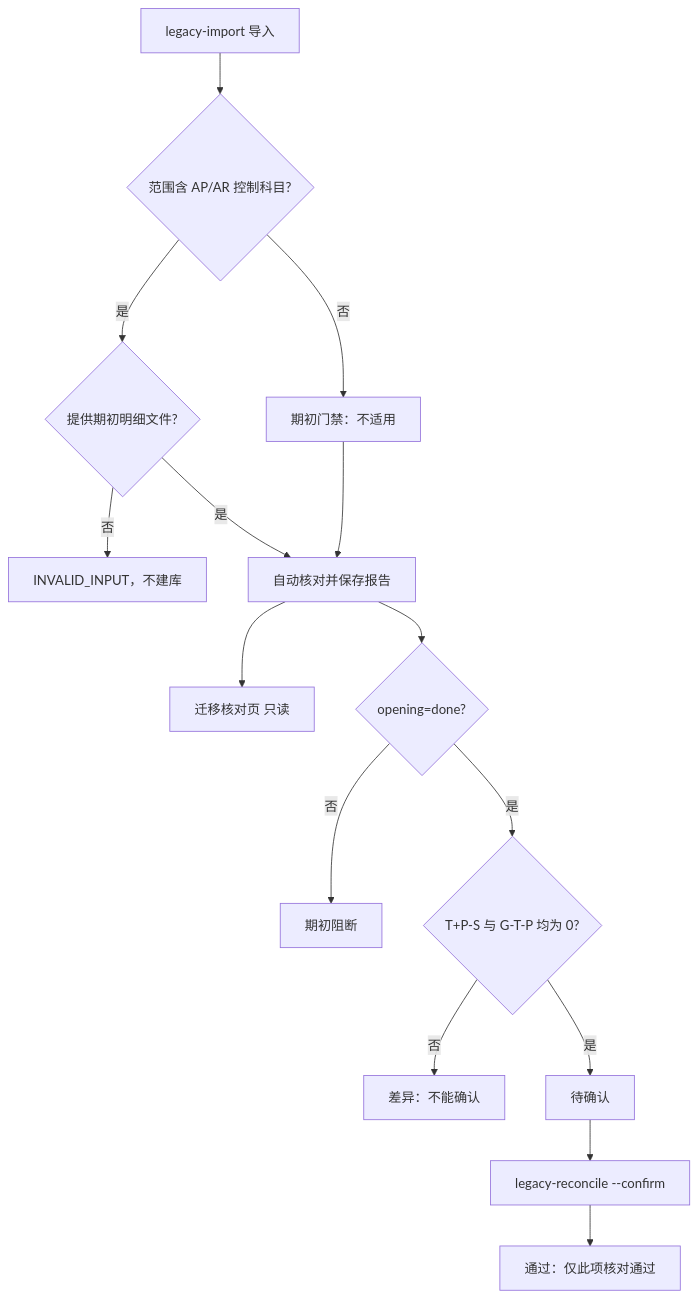
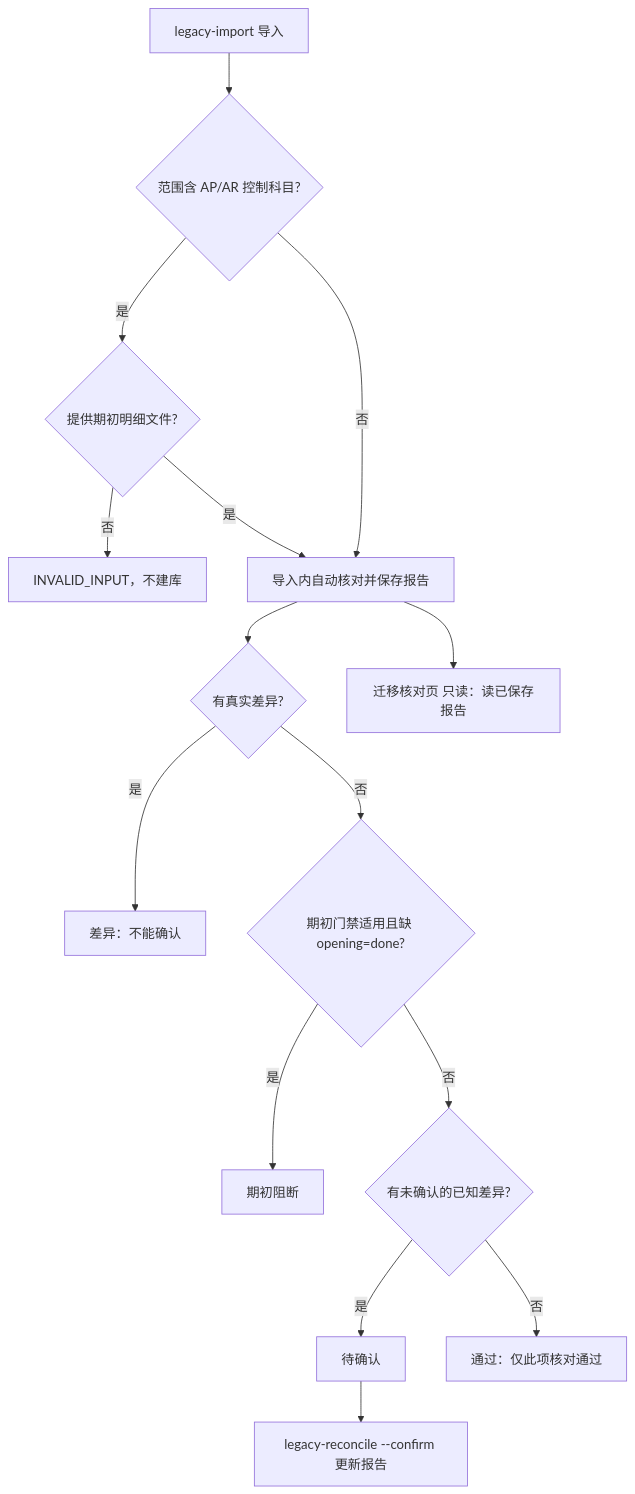
One commit to lingshf/ai-native-erp changed the diagram in docs/flows/migration-page-flow.md. Above: the diagram before and after it, drawn with Mermaid. The commit also changed other lines of this file and 6 other files, not shown here.

Commit message:
docs: address #83 review (task table, migration flow, demo, scoped claims, log/CI facts)

````diff
--- a/docs/flows/migration-page-flow.md
+++ b/docs/flows/migration-page-flow.md
@@ -5,17 +5,17 @@
 ```mermaid
 flowchart TD
   Imp[legacy-import 导入] --> Scope{范围含 AP/AR 控制科目?}
-  Scope -- 否 --> NA[期初门禁：不适用]
   Scope -- 是 --> File{提供期初明细文件?}
   File -- 否 --> Fail[INVALID_INPUT，不建库]
-  File -- 是 --> Rec[自动核对并保存报告]
-  NA --> Rec
-  Rec --> Page[迁移核对页 只读]
-  Rec --> Open{opening=done?}
-  Open -- 否 --> Block[期初阻断]
-  Open -- 是 --> Eq{T+P-S 与 G-T-P 均为 0?}
-  Eq -- 否 --> Diff[差异：不能确认]
-  Eq -- 是 --> Pend[待确认]
-  Pend --> Conf[legacy-reconcile --confirm]
-  Conf --> Pass[通过：仅此项核对通过]
+  File -- 是 --> Rec[导入内自动核对并保存报告]
+  Scope -- 否 --> Rec
+  Rec --> Diff{有真实差异?}
+  Diff -- 是 --> D[差异：不能确认]
+  Diff -- 否 --> Gate{期初门禁适用且缺 opening=done?}
+  Gate -- 是 --> B[期初阻断]
+  Gate -- 否 --> Known{有未确认的已知差异?}
+  Known -- 是 --> P[待确认]
+  Known -- 否 --> Ok[通过：仅此项核对通过]
+  P --> Conf[legacy-reconcile --confirm 更新报告]
+  Rec --> Page[迁移核对页 只读：读已保存报告]
 ```
````
